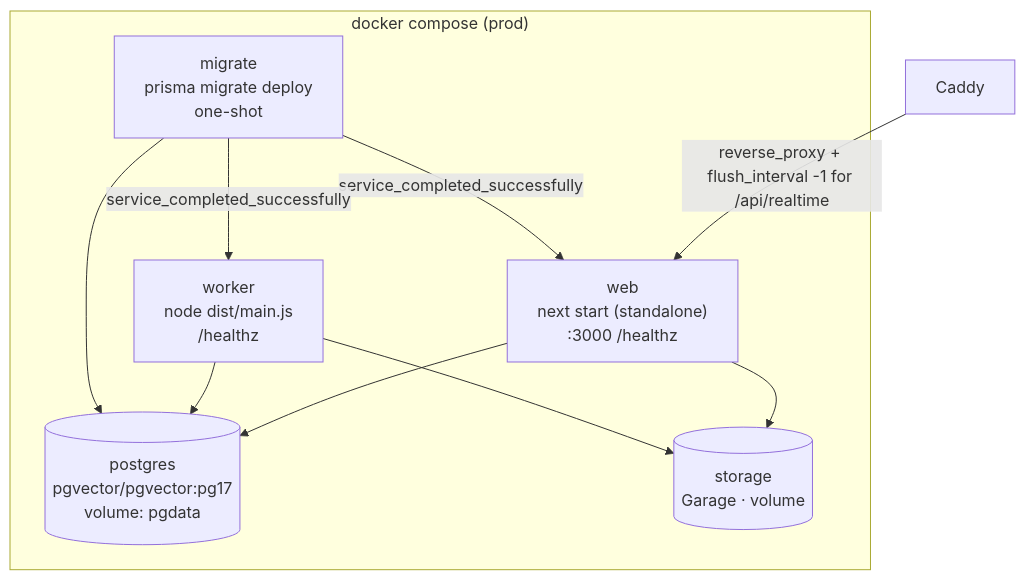
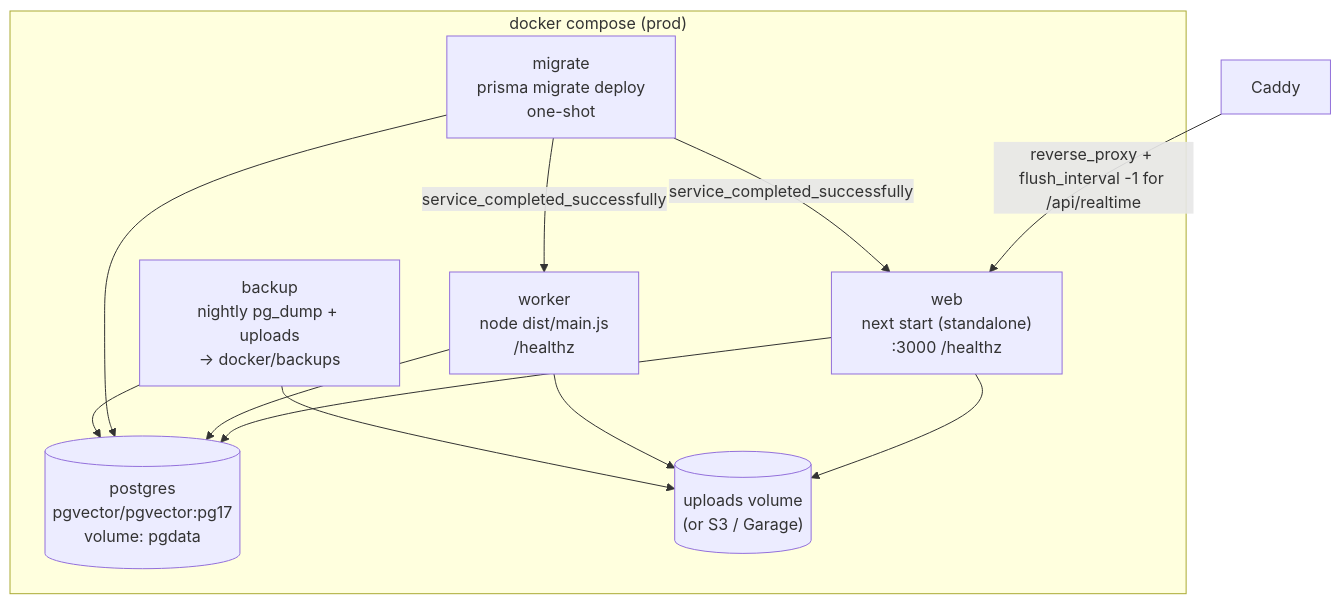
The ninth of 9 diagrams in docs/ARCHITECTURE.md (VTKLeuven/dopl), drawn with Mermaid before and after one commit. The commit also changed other lines of this file and 14 other files, not shown here.

Commit message:
Make Dopl deployable: production env template, uploads volume, nightly backups, ./dopl, deploy guide and README

````diff
--- a/docs/ARCHITECTURE.md
+++ b/docs/ARCHITECTURE.md
@@ -534,14 +534,16 @@
 ```mermaid
 flowchart TB
   subgraph compose["docker compose (prod)"]
     PG[("postgres<br/>pgvector/pgvector:pg17<br/>volume: pgdata")]
-    ST[("storage<br/>Garage · volume")]
+    ST[("uploads volume<br/>(or S3 / Garage)")]
+    BK["backup<br/>nightly pg_dump + uploads<br/>→ docker/backups"]
     MG["migrate<br/>prisma migrate deploy<br/>one-shot"]
     WEB["web<br/>next start (standalone)<br/>:3000 /healthz"]
     WK["worker<br/>node dist/main.js<br/>/healthz"]
   end
   CADDY["Caddy"] -->|"reverse_proxy + flush_interval -1 for /api/realtime"| WEB
   MG -->|service_completed_successfully| WEB & WK
   WEB & WK & MG --> PG
   WEB & WK --> ST
+  BK --> PG & ST
 ```
````
